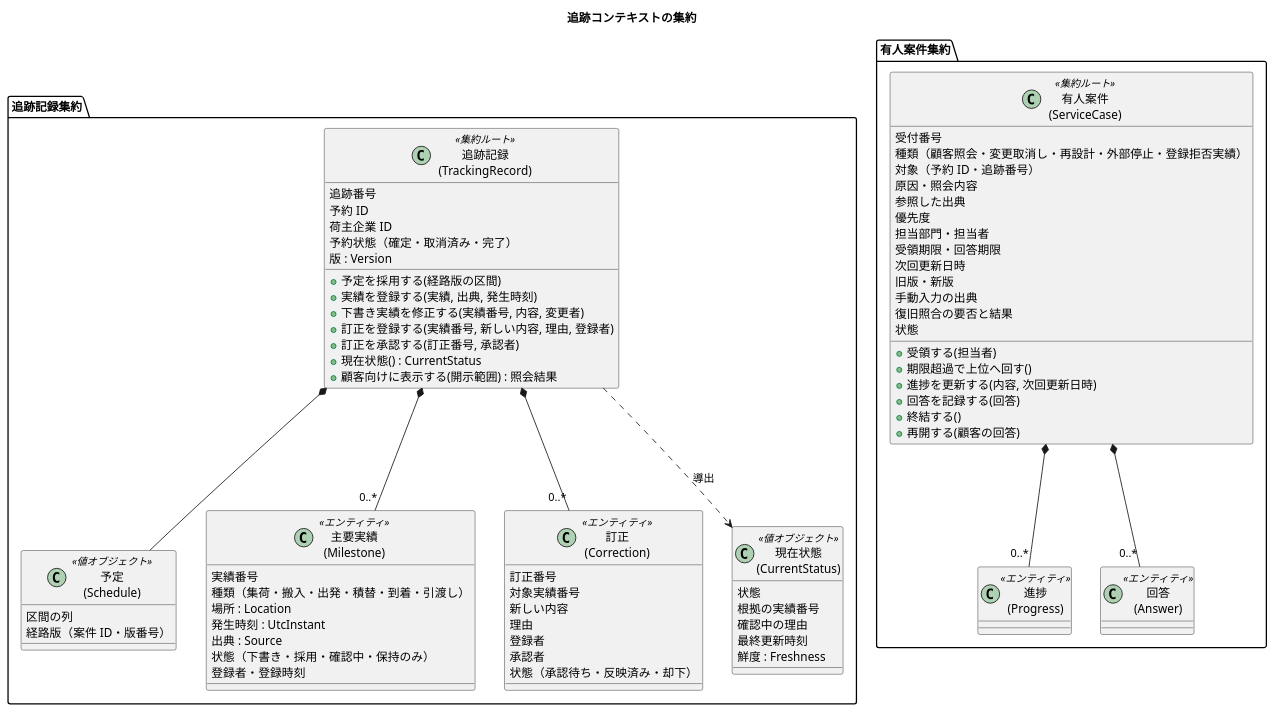
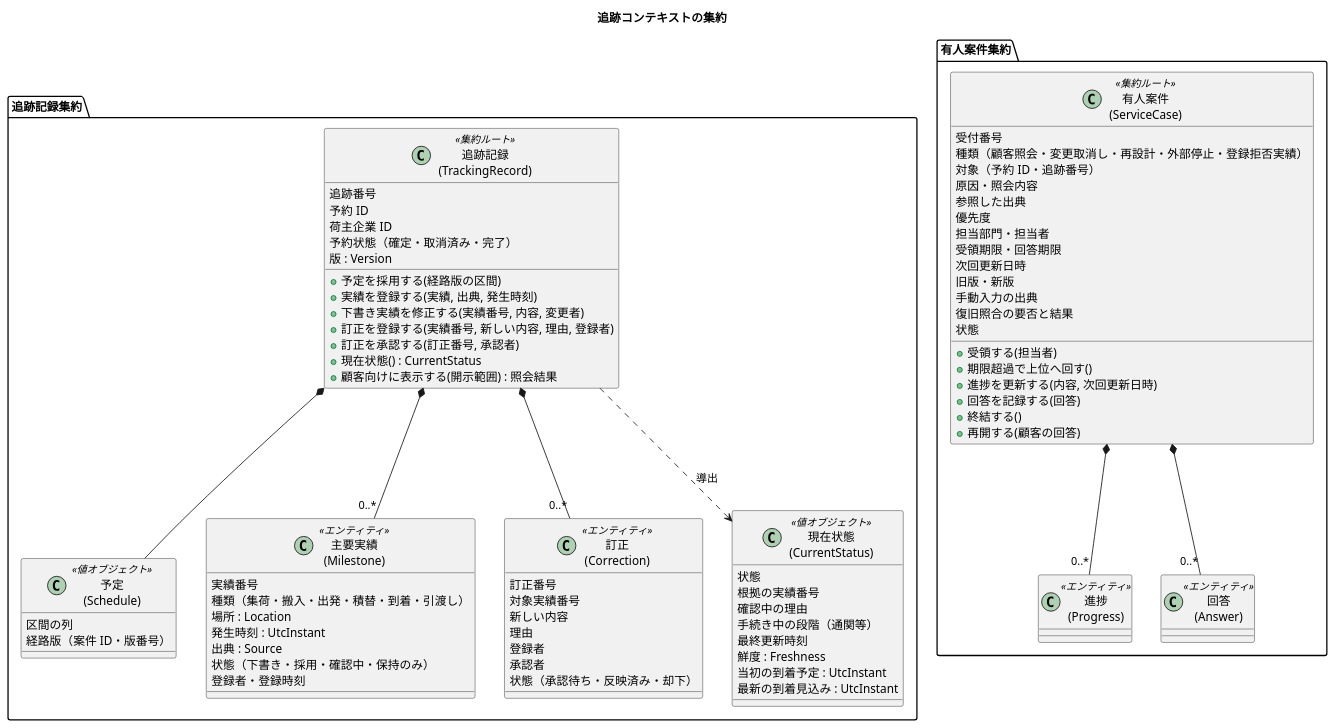
The tenth of 15 diagrams in docs/design/cargo-tracker/domain_model.md (k2works/practical-domain-driven-design-in-enterpris-application), drawn with PlantUML before and after one commit. The commit also changed other lines of this file and 25 other files, not shown here.

```diff
--- a/docs/design/cargo-tracker/domain_model.md
+++ b/docs/design/cargo-tracker/domain_model.md
@@ -598,8 +652,11 @@
     状態
     根拠の実績番号
     確認中の理由
+    手続き中の段階（通関等）
     最終更新時刻
     鮮度 : Freshness
+    当初の到着予定 : UtcInstant
+    最新の到着見込み : UtcInstant
   }
   TRk *-- Sch
   TRk *-- "0..*" M
```
